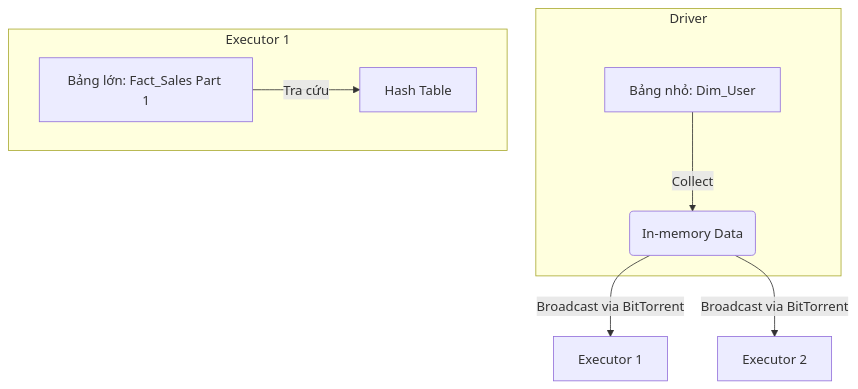
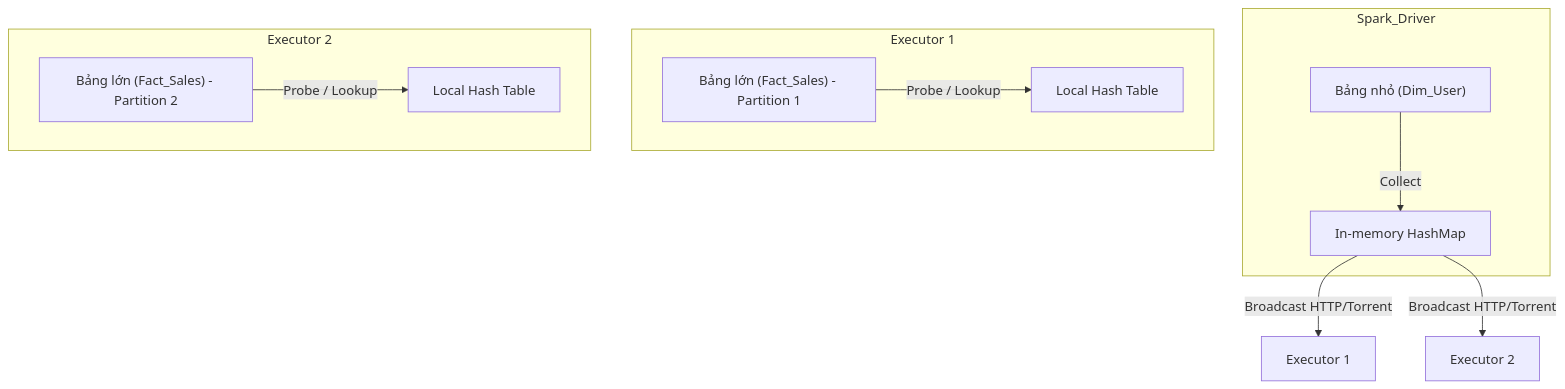
The diagram in src/content/docs/concepts/4-compute-engines-batch/spark-joins.md (kythuatdulieu/kythuatdulieu.github.io), drawn with Mermaid before and after one commit. The commit also changed other lines of this file and 228 other files, not shown here.

Commit message:
Fix syntax and rewrite 200+ concepts docs to deep-dive system architecture and add GA4 tracking to quiz app

````diff
--- a/src/content/docs/concepts/4-compute-engines-batch/spark-joins.md
+++ b/src/content/docs/concepts/4-compute-engines-batch/spark-joins.md
@@ -25,13 +27,19 @@
 ```mermaid
 graph TD
-    subgraph Driver
-        A["Bảng nhỏ: Dim_User"] -->|Collect| B("In-memory Data")
+    subgraph Spark_Driver
+        A["Bảng nhỏ (Dim_User)"] -->|Collect| B["In-memory HashMap"]
     end
-    B -->|Broadcast via BitTorrent| E1["Executor 1"]
-    B -->|Broadcast via BitTorrent| E2["Executor 2"]
+    
+    B -->|Broadcast HTTP/Torrent| E1["Executor 1"]
+    B -->|Broadcast HTTP/Torrent| E2["Executor 2"]
     
     subgraph Executor 1
-        HT1["Hash Table"]
-        L1["Bảng lớn: Fact_Sales Part 1"] -->|Tra cứu| HT1
+        HT1["Local Hash Table"]
+        L1["Bảng lớn (Fact_Sales) - Partition 1"] -->|Probe / Lookup| HT1
+    end
+    
+    subgraph Executor 2
+        HT2["Local Hash Table"]
+        L2["Bảng lớn (Fact_Sales) - Partition 2"] -->|Probe / Lookup| HT2
     end
 ```
````
